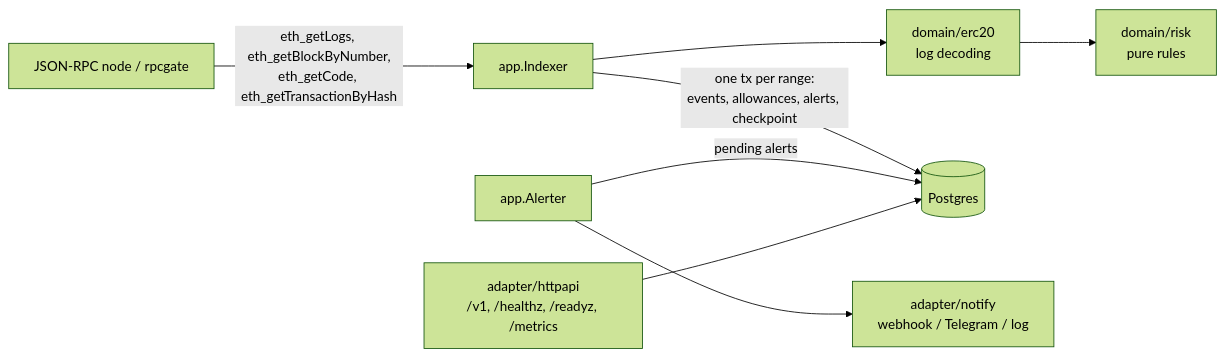
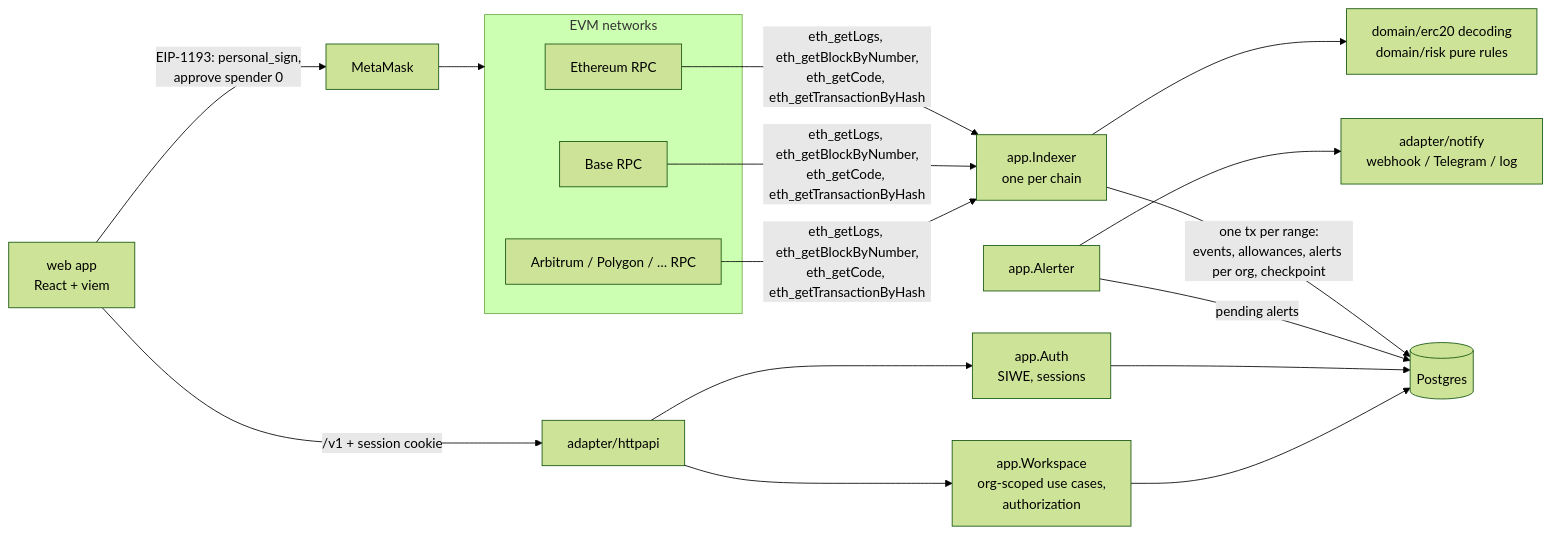
Before and after one commit to Amadeus-22/chainwatch: the diagram in README.md, drawn with Mermaid (forest theme). The commit also changed other lines of this file and 4 other files, not shown here.

````diff
--- a/README.md
+++ b/README.md
@@ -53,10 +77,17 @@
 ```mermaid
 flowchart LR
-  RPC[JSON-RPC node / rpcgate] -->|eth_getLogs, eth_getBlockByNumber,<br/>eth_getCode, eth_getTransactionByHash| IX[app.Indexer]
-  IX --> DEC[domain/erc20<br/>log decoding]
-  DEC --> RU[domain/risk<br/>pure rules]
-  IX -->|one tx per range:<br/>events, allowances, alerts, checkpoint| ST[(Postgres)]
+  subgraph nets[EVM networks]
+    R1[Ethereum RPC]
+    R2[Base RPC]
+    R3[Arbitrum / Polygon / … RPC]
+  end
+  R1 & R2 & R3 -->|eth_getLogs, eth_getBlockByNumber,<br/>eth_getCode, eth_getTransactionByHash| IX[app.Indexer<br/>one per chain]
+  IX --> DEC[domain/erc20 decoding<br/>domain/risk pure rules]
+  IX -->|one tx per range:<br/>events, allowances, alerts per org, checkpoint| ST[(Postgres)]
   AL[app.Alerter] -->|pending alerts| ST
   AL --> N[adapter/notify<br/>webhook / Telegram / log]
-  API[adapter/httpapi<br/>/v1, /healthz, /readyz, /metrics] --> ST
+  WEB[web app<br/>React + viem] -->|/v1 + session cookie| API[adapter/httpapi]
+  API --> AUTH[app.Auth<br/>SIWE, sessions] --> ST
+  API --> WS[app.Workspace<br/>org-scoped use cases,<br/>authorization] --> ST
+  WEB -->|EIP-1193: personal_sign,<br/>approve spender 0| MM[MetaMask] --> nets
 ```
````
